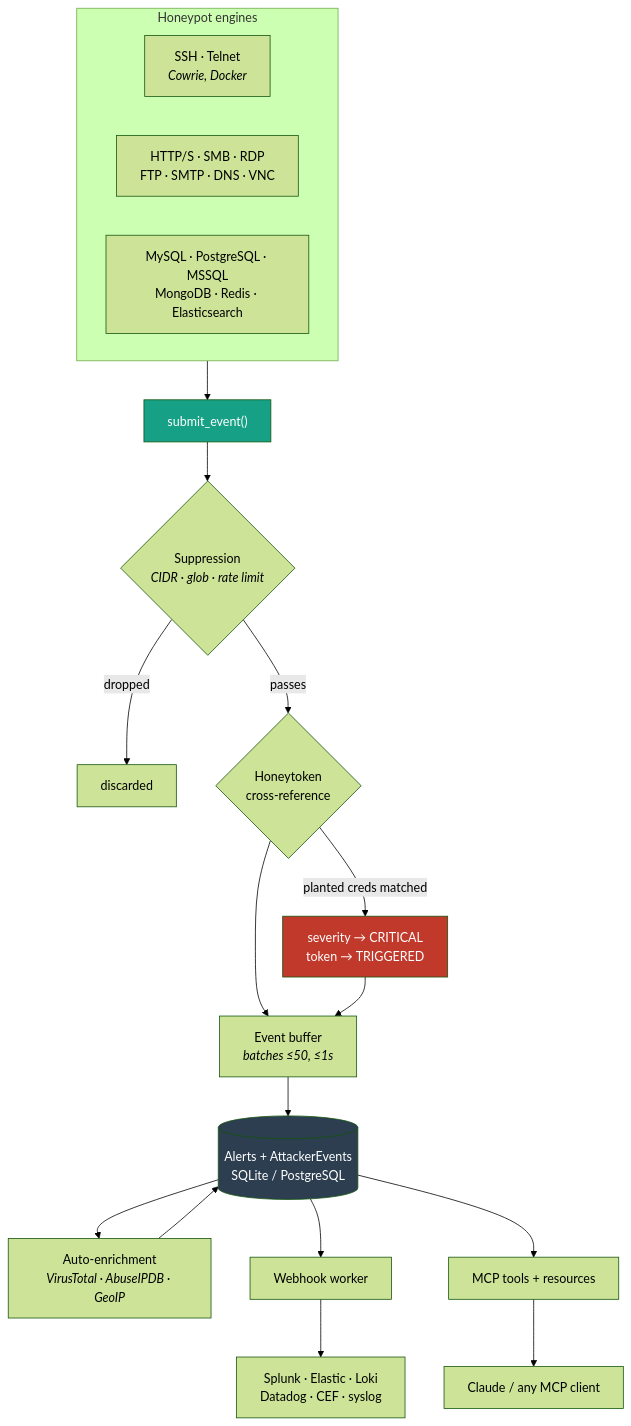
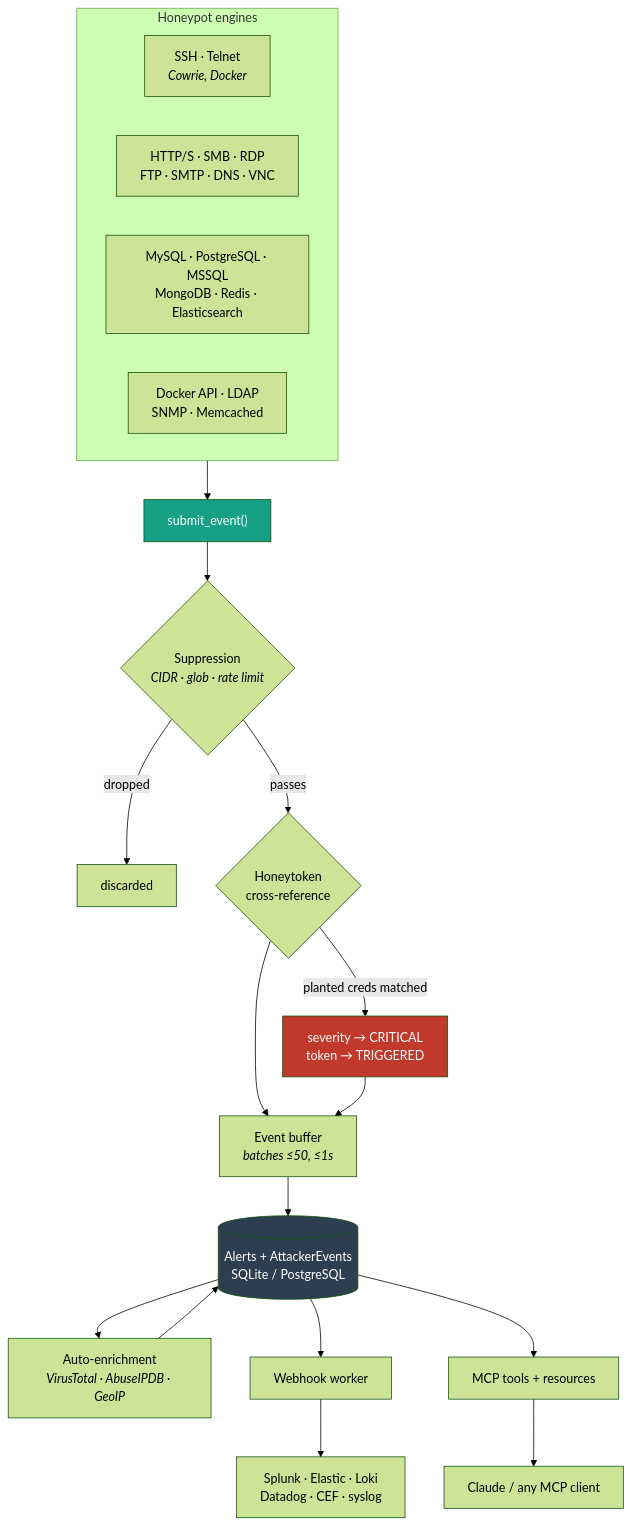
One commit to tohudgins/HoneyPot-MCP changed the diagram in README.md. Above: the diagram before and after it, drawn with Mermaid (forest theme). The commit also changed other lines of this file and 17 other files, not shown here.

First line of the commit message:
Add Telnet, Memcached, SNMP, LDAP and Docker API honeypots

````diff
--- a/README.md
+++ b/README.md
@@ -88,28 +88,29 @@
 ```mermaid
 flowchart TD
     subgraph E["Honeypot engines"]
         direction LR
         E1["SSH · Telnet<br/><i>Cowrie, Docker</i>"]
         E2["HTTP/S · SMB · RDP<br/>FTP · SMTP · DNS · VNC"]
         E3["MySQL · PostgreSQL · MSSQL<br/>MongoDB · Redis · Elasticsearch"]
+        E4["Docker API · LDAP<br/>SNMP · Memcached"]
     end
 
     E --> SUB["submit_event()"]
     SUB --> SUP{"Suppression<br/><i>CIDR · glob · rate limit</i>"}
     SUP -->|dropped| X["discarded"]
     SUP -->|passes| CM{"Honeytoken<br/>cross-reference"}
     CM -->|planted creds matched| CRIT["severity → CRITICAL<br/>token → TRIGGERED"]
     CM --> BUF["Event buffer<br/><i>batches ≤50, ≤1s</i>"]
     CRIT --> BUF
     BUF --> DB[("Alerts + AttackerEvents<br/>SQLite / PostgreSQL")]
     DB --> ENR["Auto-enrichment<br/><i>VirusTotal · AbuseIPDB · GeoIP</i>"]
     ENR --> DB
     DB --> WH["Webhook worker"]
     WH --> SIEM["Splunk · Elastic · Loki<br/>Datadog · CEF · syslog"]
     DB --> MCP["MCP tools + resources"]
     MCP --> CLIENT["Claude / any MCP client"]
 
     style CRIT fill:#c0392b,color:#fff
     style DB fill:#2c3e50,color:#fff
     style SUB fill:#16a085,color:#fff
 ```
````
